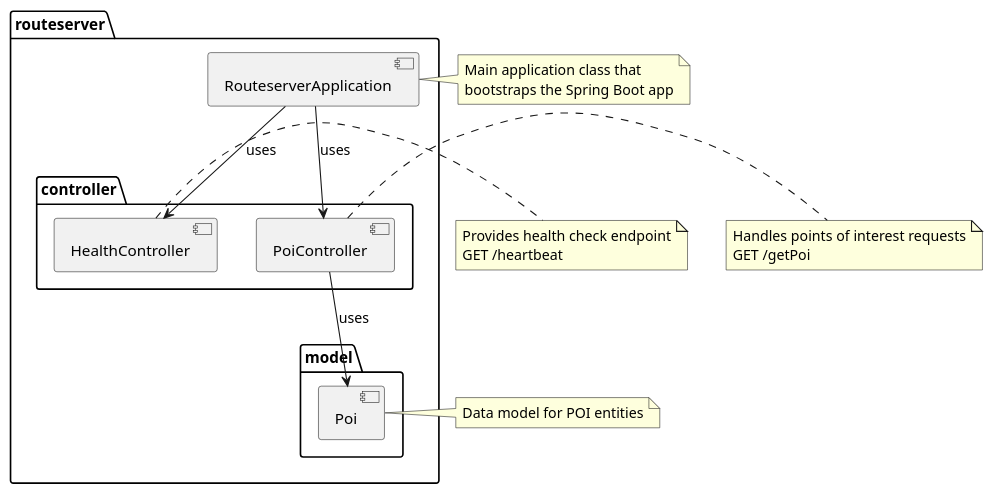
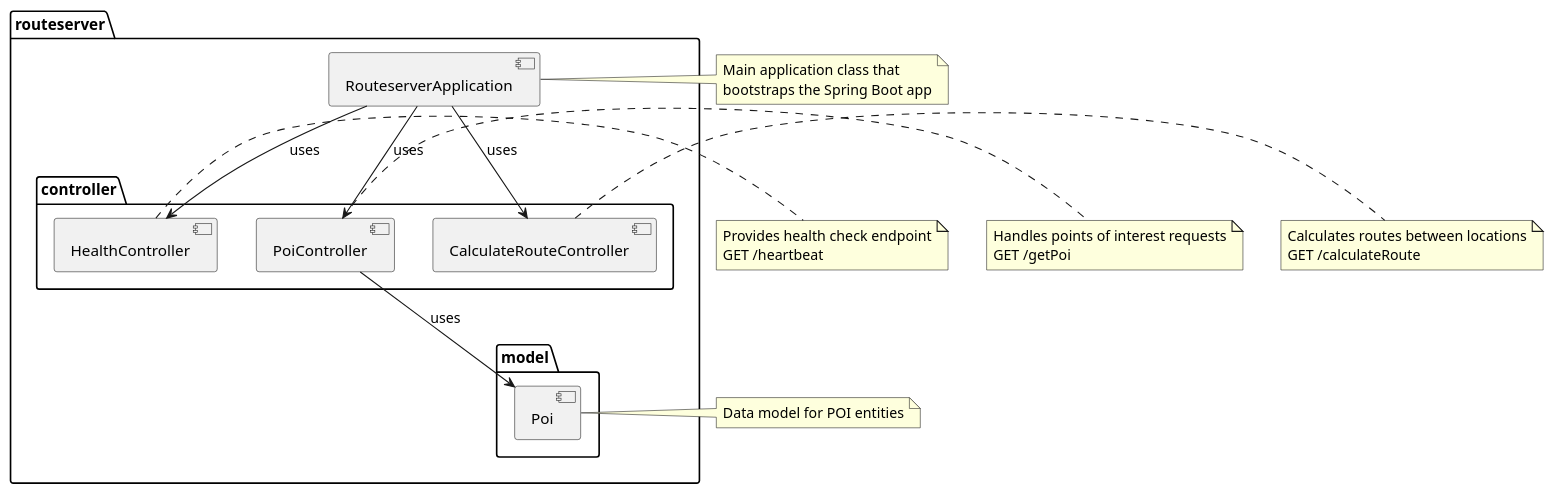
The diagram in arc42/src/00_buildingblocks.puml (RobertinoSolanas/nelliebly), drawn with PlantUML before and after one commit. The commit also changed 3 other files, not shown here.

Commit message:
feat: add calculateRoute endpoint with start and end location parameters

```diff
--- a/arc42/src/00_buildingblocks.puml
+++ b/arc42/src/00_buildingblocks.puml
@@ -2,37 +2,44 @@
 @startuml routeserver
 package "routeserver" {
   [RouteserverApplication] as app
   
   package "controller" {
     [HealthController] as health
     [PoiController] as poi
+    [CalculateRouteController] as route
   }
   
   package "model" {
     [Poi] as poiModel
   }
   
   app --> health : uses
   app --> poi : uses
+  app --> route : uses
   poi --> poiModel : uses
 }
 
 note right of app
   Main application class that
   bootstraps the Spring Boot app
 end note
 
 note right of health
   Provides health check endpoint
   GET /heartbeat
 end note
 
 note right of poi
   Handles points of interest requests
   GET /getPoi
 end note
 
+note right of route
+  Calculates routes between locations
+  GET /calculateRoute
+end note
+
 note right of poiModel
   Data model for POI entities
 end note
 @enduml
```
